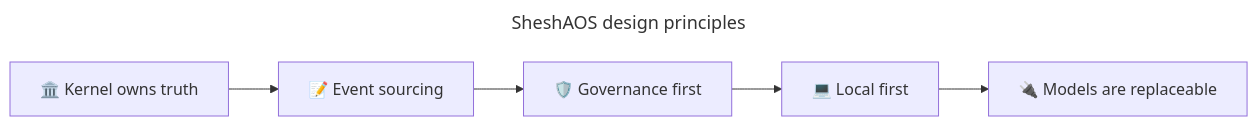
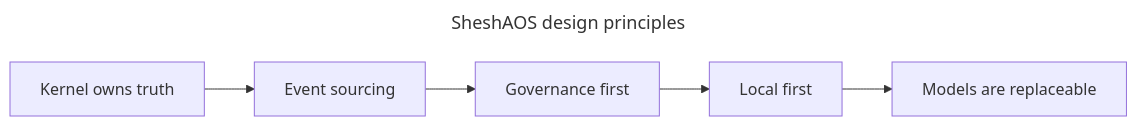
The fourth of 4 diagrams in README.md (gaganjainse/SheshAOS), drawn with Mermaid before and after one commit. The commit also changed other lines of this file, not shown here.

Commit message:
chore: record local state after the reorganisation

````diff
--- a/README.md
+++ b/README.md
@@ -148,10 +142,10 @@
 ```mermaid
 ---
 title: SheshAOS design principles
 ---
 graph LR
-    A["🏛️ Kernel owns truth"] --> B["📝 Event sourcing"]
-    B --> C["🛡️ Governance first"]
-    C --> D["💻 Local first"]
-    D --> E["🔌 Models are replaceable"]
+    A[" Kernel owns truth"] --> B[" Event sourcing"]
+    B --> C[" Governance first"]
+    C --> D[" Local first"]
+    D --> E[" Models are replaceable"]
 ```
````
